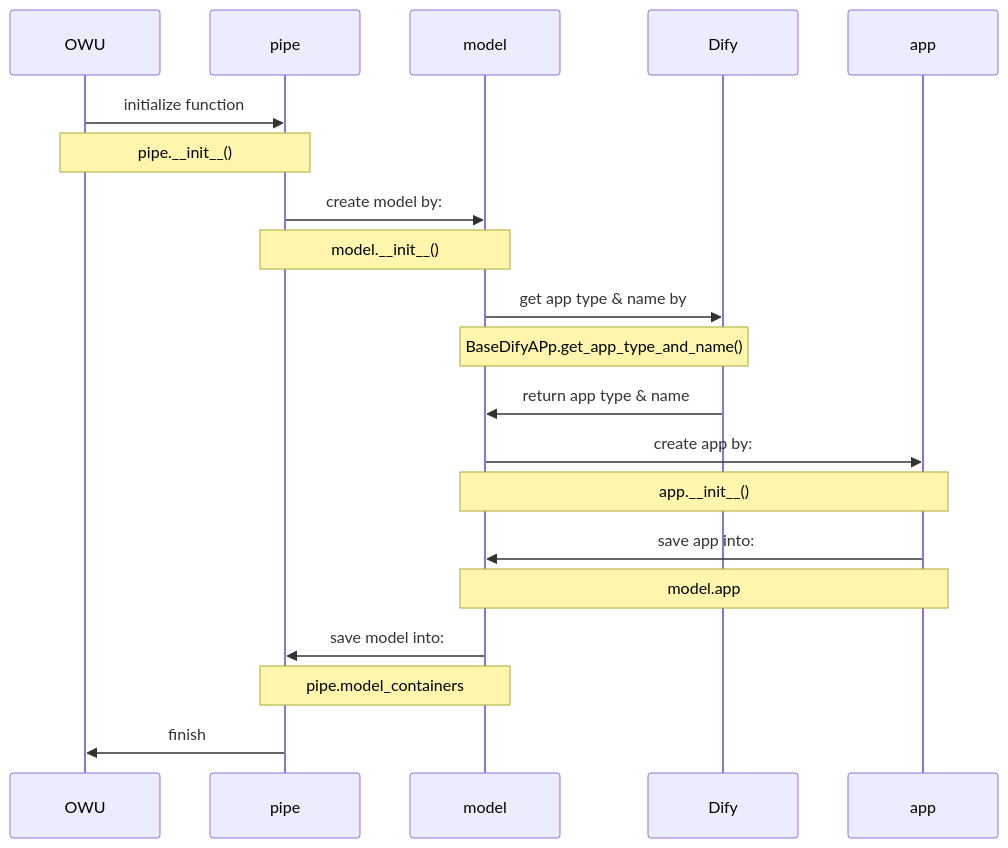
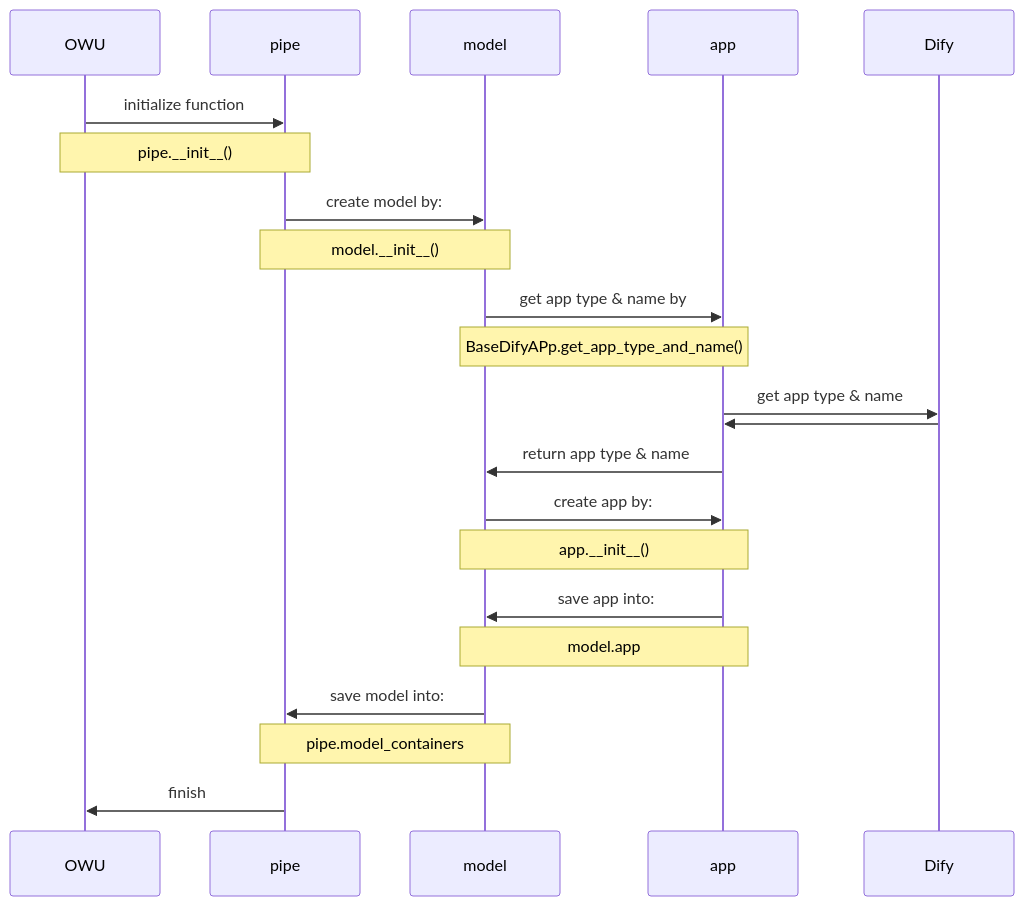
The second of 3 diagrams in README.md (kami-lel/dify-open-webui-adapter), drawn with Mermaid before and after one commit.

Commit message:
Remove TODO comment, clarify sequence diagram flow in README
~`README.md`

````diff
--- a/README.md
+++ b/README.md
@@ -147,24 +145,27 @@
 ```mermaid
 sequenceDiagram
     OWU->>pipe: initialize function
     note over OWU,pipe: pipe.__init__()
 
     pipe->>model: create model by:
     note over pipe,model: model.__init__()
 
-    model->>Dify: get app type & name by
-    note over model,Dify: BaseDifyAPp.get_app_type_and_name()
+    model->>app: get app type & name by
+    note over model,app: BaseDifyAPp.get_app_type_and_name()
 
-    Dify->>model: return app type & name
+    app->>Dify: get app type & name
+    Dify->>app:
+
+    app->>model: return app type & name
 
     model->>app: create app by:
     note over model,app: app.__init__()
 
     app->>model: save app into:
     note over app,model: model.app
 
     model->>pipe: save model into:
     note over pipe,model: pipe.model_containers
 
     pipe->>OWU:finish
 ```
````
